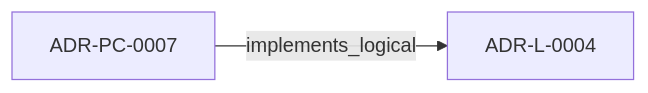
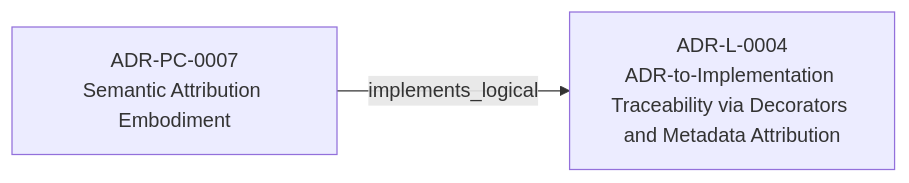
One commit to egallmann/adr-architecture-kit changed the first of 2 diagrams in adrs/adr-projection/logical/ADR-L-0004-adr-to-implementation-traceability-via-decorators-and-metadata-attribution.md. Above: the diagram before and after it, drawn with Mermaid. The commit also changed other lines of this file and 35 other files, not shown here.

````diff
--- a/adrs/adr-projection/logical/ADR-L-0004-adr-to-implementation-traceability-via-decorators-and-metadata-attribution.md
+++ b/adrs/adr-projection/logical/ADR-L-0004-adr-to-implementation-traceability-via-decorators-and-metadata-attribution.md
@@ -31,6 +31,6 @@
 ```mermaid
 flowchart LR
-  n_019fee89_e615_7577_8d37_dd0df031bec9["ADR-L-0004"]
-  n_019ffdba_3c42_70da_b33d_efc003269c42["ADR-PC-0007"]
+  n_019fee89_e615_7577_8d37_dd0df031bec9["ADR-L-0004<br/>ADR-to-Implementation Traceability via Decorators and Metadata Attribution"]
+  n_019ffdba_3c42_70da_b33d_efc003269c42["ADR-PC-0007<br/>Semantic Attribution Embodiment"]
   n_019ffdba_3c42_70da_b33d_efc003269c42 -->|"implements_logical"| n_019fee89_e615_7577_8d37_dd0df031bec9
 ```
````
